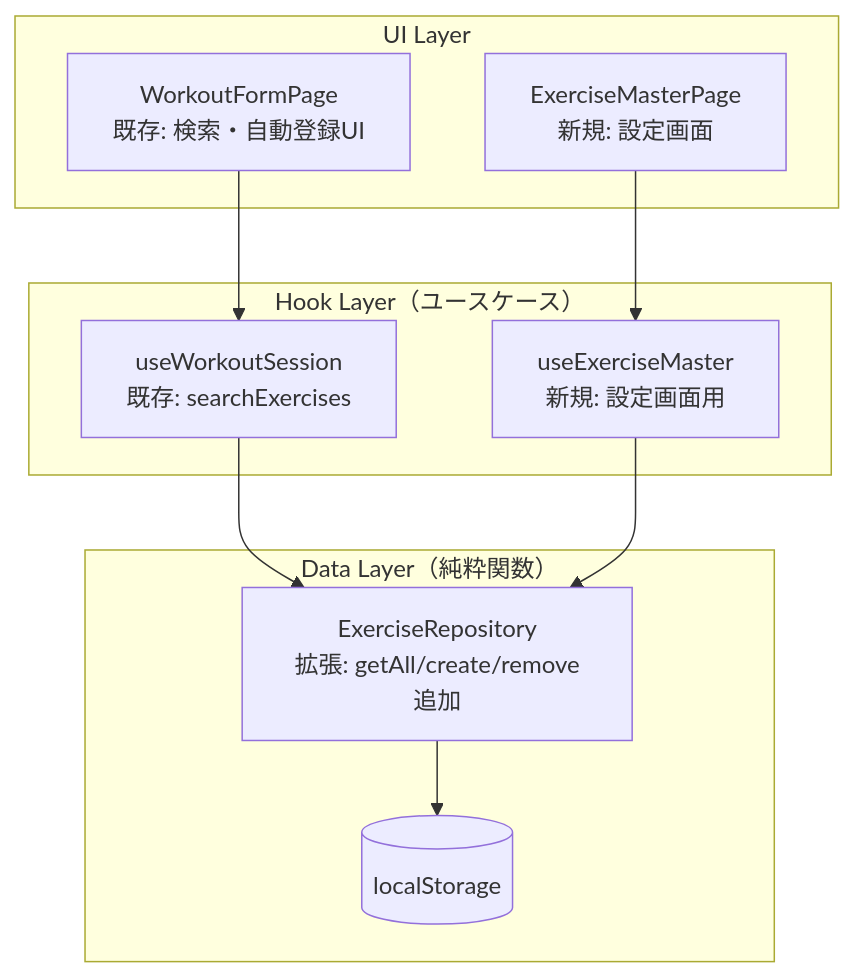
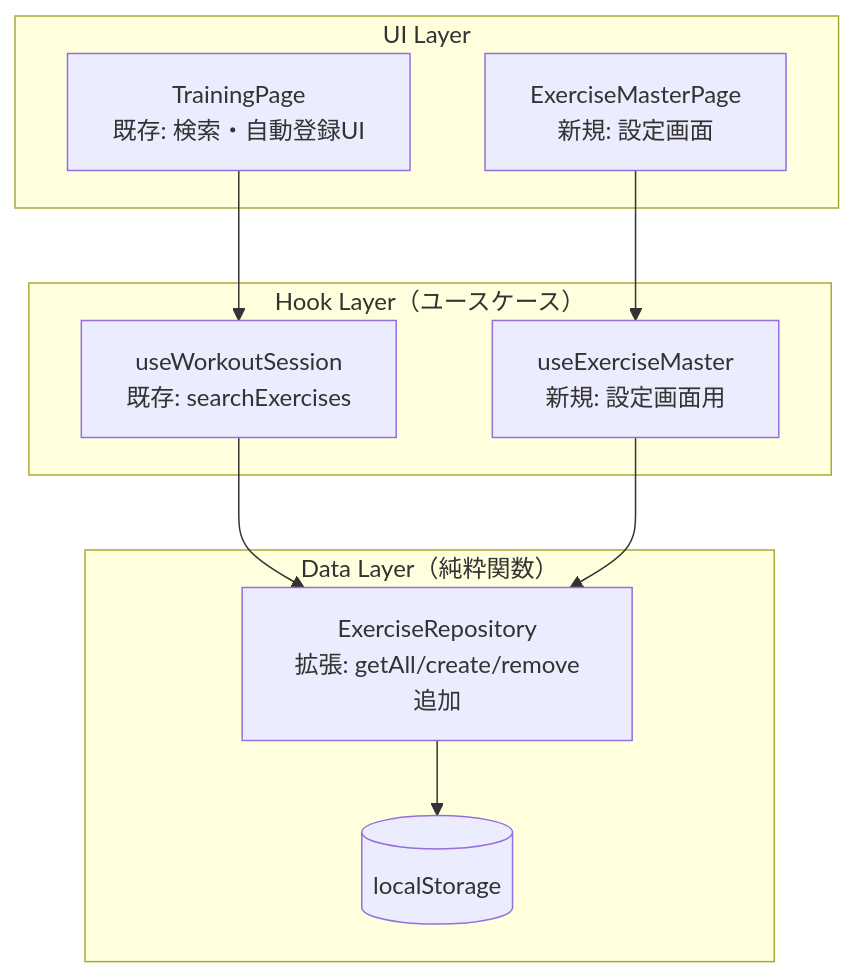
The diagram in .sdd/specification/exercise-master/index_design.md (SakumaTakuya/gymini), drawn with Mermaid before and after one commit. The commit also changed other lines of this file and 1 other file, not shown here.

````diff
--- a/.sdd/specification/exercise-master/index_design.md
+++ b/.sdd/specification/exercise-master/index_design.md
@@ -64,23 +65,23 @@
 ```mermaid
 graph TD
     subgraph "UI Layer"
-        WFP[WorkoutFormPage<br/>既存: 検索・自動登録UI]
+        TP[TrainingPage<br/>既存: 検索・自動登録UI]
         EMP[ExerciseMasterPage<br/>新規: 設定画面]
     end
 
     subgraph "Hook Layer（ユースケース）"
         HWS[useWorkoutSession<br/>既存: searchExercises]
         HEM[useExerciseMaster<br/>新規: 設定画面用]
     end
 
     subgraph "Data Layer（純粋関数）"
         ER[ExerciseRepository<br/>拡張: getAll/create/remove追加]
         LS[(localStorage)]
     end
 
-    WFP --> HWS
+    TP --> HWS
     EMP --> HEM
     HWS --> ER
     HEM --> ER
     ER --> LS
 ```
````
